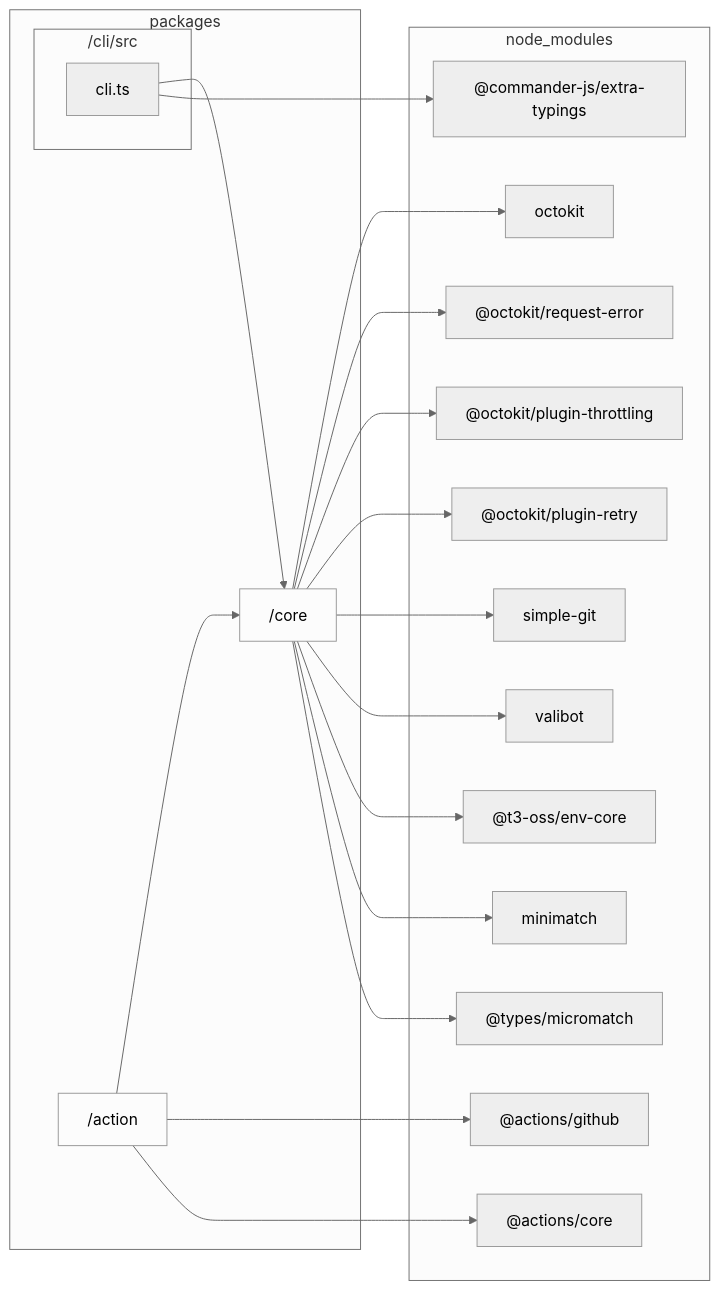
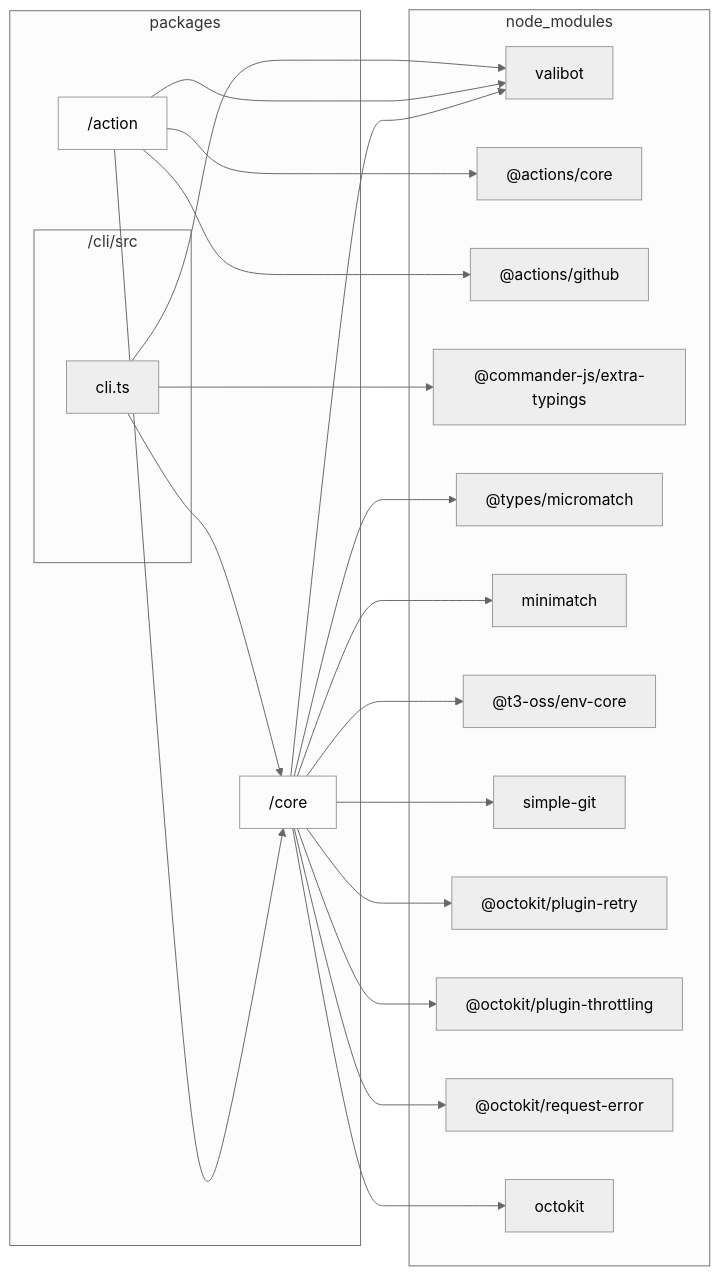
Before and after one commit to sugurutakahashi-1234/issue-linker: the diagram in docs/reports/dependencies/cli.md, drawn with Mermaid (neutral theme). The commit also changed 24 other files, not shown here.

First line of the commit message:
feat: integrate valibot for option validation across packages [deps-change]

````diff
--- a/docs/reports/dependencies/cli.md
+++ b/docs/reports/dependencies/cli.md
@@ -7,39 +7,41 @@
 ```mermaid
 flowchart LR
     classDef dir fill:#0000,stroke:#999
     subgraph packages["packages"]
         packages/core["/core"]:::dir
         packages/action["/action"]:::dir
         subgraph packages/cli/src["/cli/src"]
             packages/cli/src/cli.ts["cli.ts"]
         end
     end
     subgraph node//modules["node_modules"]
+        node//modules/valibot/dist/index.d.cts["valibot"]
         node//modules///actions/core/lib/core.d.ts["@actions/core"]
         node//modules///actions/github/lib/github.d.ts["@actions/github"]
         node//modules///commander//js/extra//typings/index.d.ts["@commander-js/extra-typings"]
         node//modules///types/micromatch/index.d.ts["@types/micromatch"]
         node//modules/minimatch/dist/commonjs/index.d.ts["minimatch"]
         node//modules///t3//oss/env//core/dist/index.d.ts["@t3-oss/env-core"]
-        node//modules/valibot/dist/index.d.cts["valibot"]
         node//modules/simple//git/dist/typings/index.d.ts["simple-git"]
         node//modules///octokit/plugin//retry/dist//types/index.d.ts["@octokit/plugin-retry"]
         node//modules///octokit/plugin//throttling/dist//types/index.d.ts["@octokit/plugin-throttling"]
         node//modules///octokit/request//error/dist//types/index.d.ts["@octokit/request-error"]
         node//modules/octokit/dist//types/index.d.ts["octokit"]
     end
+    packages/core-->node//modules/valibot/dist/index.d.cts
     packages/action-->node//modules///actions/core/lib/core.d.ts
     packages/action-->node//modules///actions/github/lib/github.d.ts
     packages/action-->packages/core
+    packages/action-->node//modules/valibot/dist/index.d.cts
     packages/cli/src/cli.ts-->node//modules///commander//js/extra//typings/index.d.ts
     packages/cli/src/cli.ts-->packages/core
+    packages/cli/src/cli.ts-->node//modules/valibot/dist/index.d.cts
     packages/core-->node//modules///types/micromatch/index.d.ts
     packages/core-->node//modules/minimatch/dist/commonjs/index.d.ts
     packages/core-->node//modules///t3//oss/env//core/dist/index.d.ts
-    packages/core-->node//modules/valibot/dist/index.d.cts
     packages/core-->node//modules/simple//git/dist/typings/index.d.ts
     packages/core-->node//modules///octokit/plugin//retry/dist//types/index.d.ts
     packages/core-->node//modules///octokit/plugin//throttling/dist//types/index.d.ts
     packages/core-->node//modules///octokit/request//error/dist//types/index.d.ts
     packages/core-->node//modules/octokit/dist//types/index.d.ts
 ```
````
